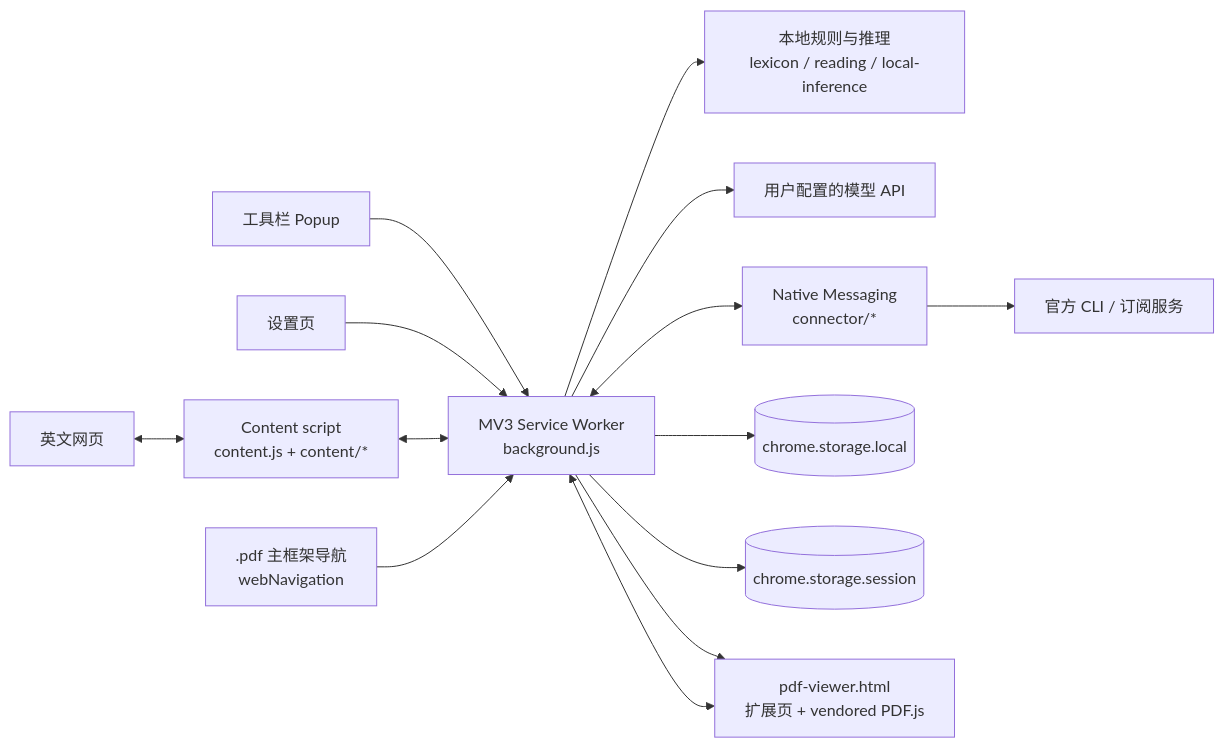
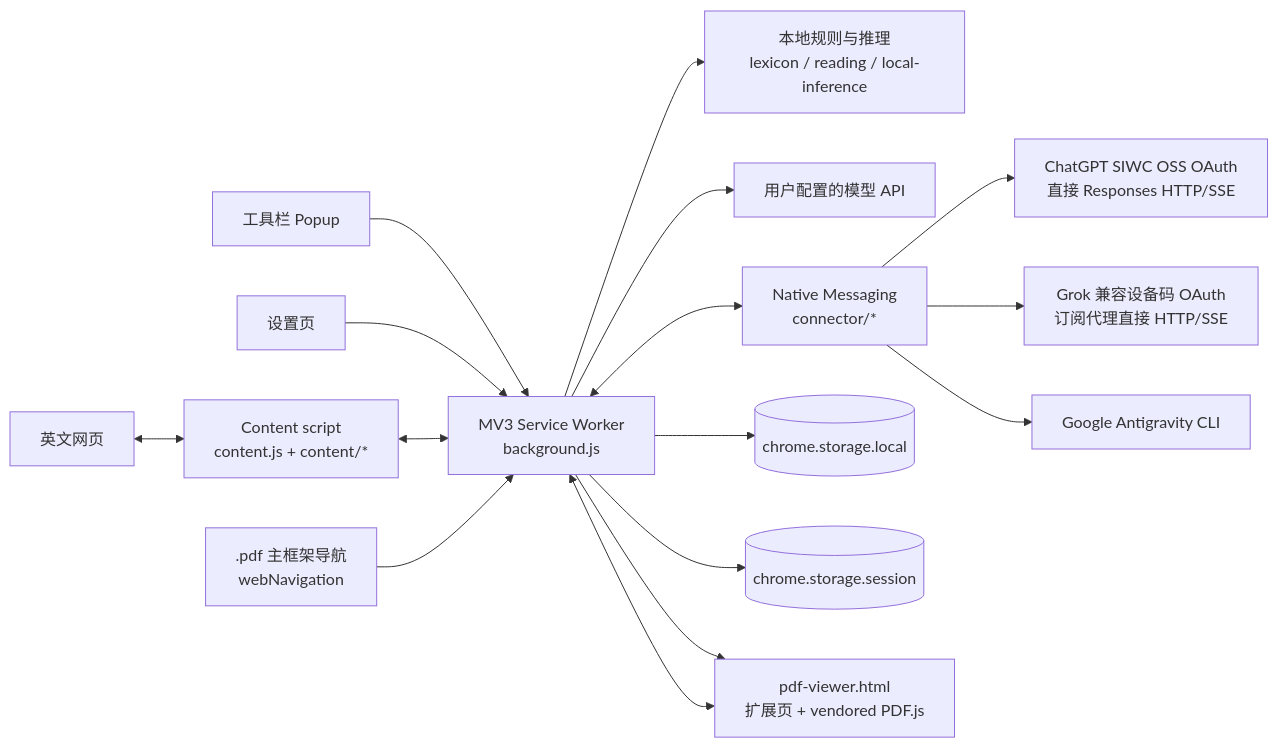
The diagram in docs/development/architecture.md (rockythink/relyless), drawn with Mermaid before and after one commit. The commit also changed other lines of this file and 28 other files, not shown here.

First line of the commit message:
feat: replace ChatGPT and Grok CLI with direct OAuth (#50)

````diff
--- a/docs/development/architecture.md
+++ b/docs/development/architecture.md
@@ -7,16 +7,18 @@
 ```mermaid
 flowchart LR
   Page[英文网页] <--> Content[Content script\ncontent.js + content/*]
   Popup[工具栏 Popup] --> BG[MV3 Service Worker\nbackground.js]
   Options[设置页] --> BG
   Content <--> BG
   BG --> Local[本地规则与推理\nlexicon / reading / local-inference]
   BG --> API[用户配置的模型 API]
   BG <--> Native[Native Messaging\nconnector/*]
-  Native --> CLI[官方 CLI / 订阅服务]
+  Native --> SIWC[ChatGPT SIWC OSS OAuth\n直接 Responses HTTP/SSE]
+  Native --> Grok[Grok 兼容设备码 OAuth\n订阅代理直接 HTTP/SSE]
+  Native --> CLI[Google Antigravity CLI]
   BG --> LocalStore[(chrome.storage.local)]
   BG --> SessionStore[(chrome.storage.session)]
   PdfNav[.pdf 主框架导航\nwebNavigation] --> BG
   BG --> PdfViewer[pdf-viewer.html\n扩展页 + vendored PDF.js]
   PdfViewer <--> BG
 ```
````
